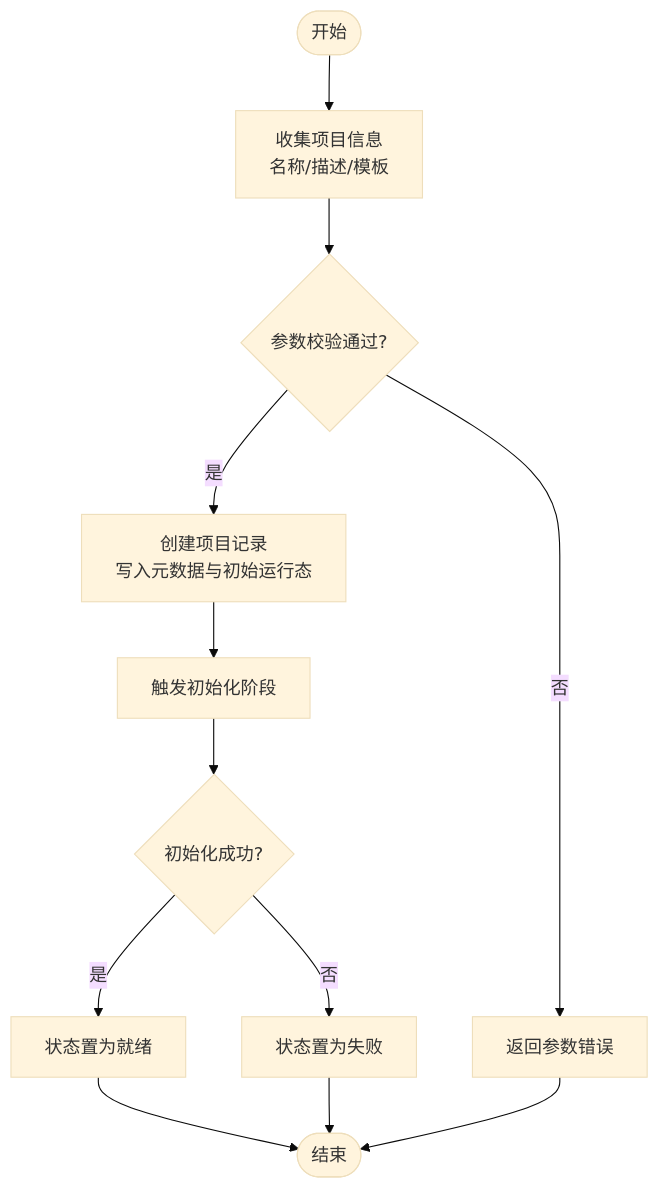
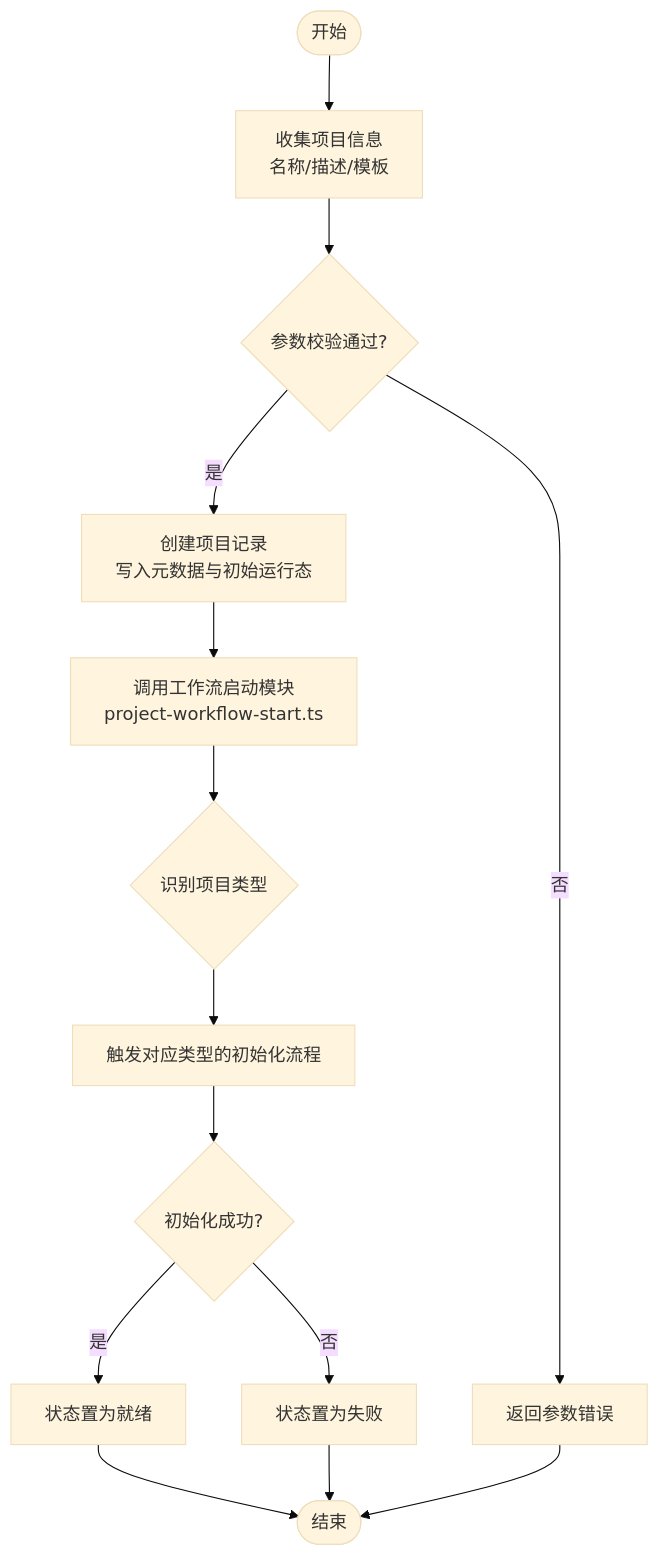
Before and after one commit to scottcwy/PurpleInk: the fourth of 8 diagrams in .qoder/repowiki/zh/content/项目管理/项目生命周期管理.md, drawn with Mermaid (base theme). The commit also changed other lines of this file and 29 other files, not shown here.

````diff
--- a/.qoder/repowiki/zh/content/项目管理/项目生命周期管理.md
+++ b/.qoder/repowiki/zh/content/项目管理/项目生命周期管理.md
@@ -206,14 +216,16 @@
 ```mermaid
 flowchart TD
 Start(["开始"]) --> Collect["收集项目信息<br/>名称/描述/模板"]
 Collect --> Validate{"参数校验通过?"}
 Validate --> |否| ReturnErr["返回参数错误"]
 Validate --> |是| Create["创建项目记录<br/>写入元数据与初始运行态"]
-Create --> Init["触发初始化阶段"]
+Create --> WorkflowStart["调用工作流启动模块<br/>project-workflow-start.ts"]
+WorkflowStart --> TypeCheck{"识别项目类型"}
+TypeCheck --> Init["触发对应类型的初始化流程"]
 Init --> InitOK{"初始化成功?"}
 InitOK --> |否| Fail["状态置为失败"]
 InitOK --> |是| Ready["状态置为就绪"]
 Ready --> End(["结束"])
 Fail --> End
 ReturnErr --> End
 ```
````
